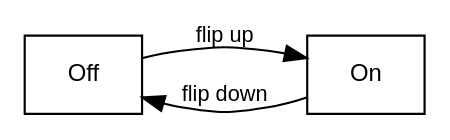
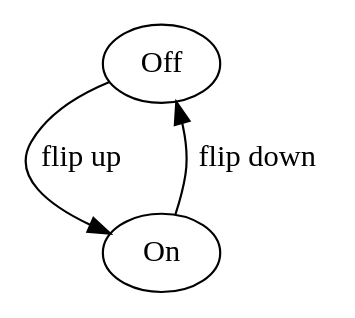
The second of 4 diagrams in docs/source/state_machines/index.rst (int-brain-lab/bpod-core), drawn with Graphviz before and after one commit. The commit also changed other lines of this file and 2 other files, not shown here.

Commit message:
centralize formatting of graphviz figures

```diff
--- a/docs/source/state_machines/index.rst
+++ b/docs/source/state_machines/index.rst
@@ -36,16 +33,11 @@
 .. graphviz::
-   :align: center
    :caption: Flip up, flip down—ad infinitum.
 
-   digraph example {
-       rankdir=LR;
-       node [shape=rectangle, fontname="Helvetica, sans-serif", fontsize=11];
-       edge [fontname="Helvetica, sans-serif", fontsize=10];
+   digraph {
+      a [label="Off"];
+      b [label="On"];
 
-       a [label="Off"];
-       b [label="On"];
-
-       a -> b [label="flip up"];
-       a -> b [style="invis"];
-       b -> a [label="flip down"];
+      a -> b [label="flip up"];
+      a -> b [style="invis"];
+      b -> a [label="flip down"];
    }
```
